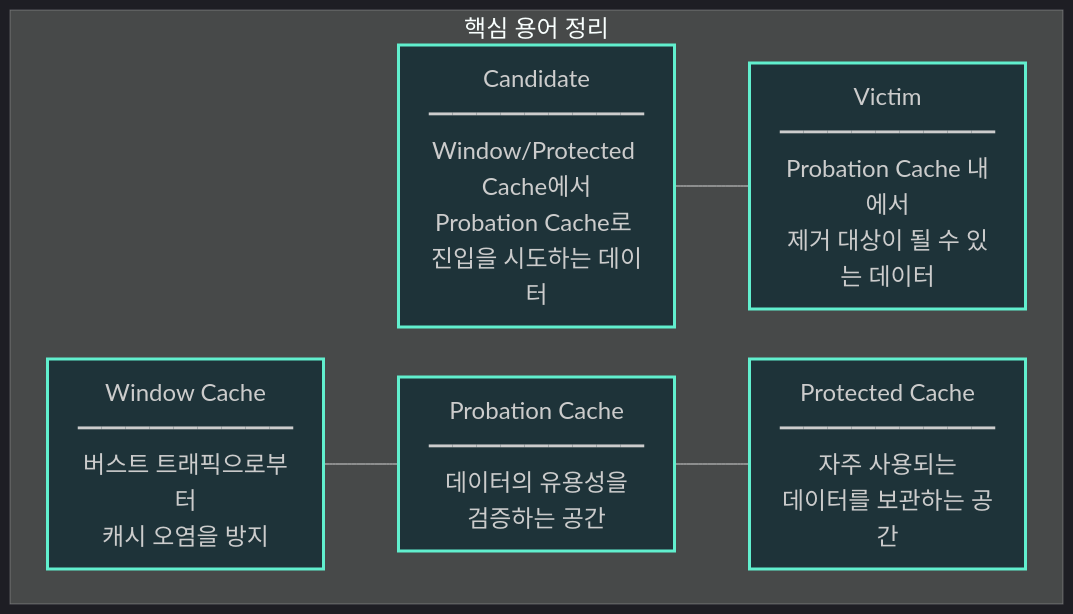
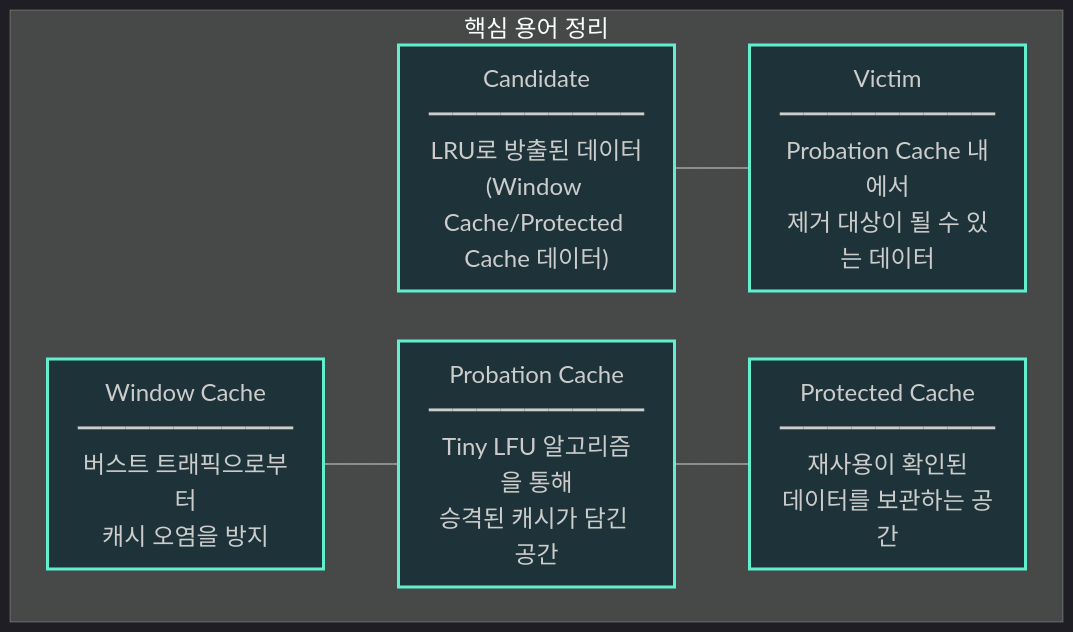
The third of 3 diagrams in _posts/2023-01-01-SUWIKI-4.md (K-Diger/K-Diger.github.io), drawn with Mermaid before and after one commit. The commit also changed other lines of this file, not shown here.

Commit message:
Caffeine Cache

````diff
--- a/_posts/2023-01-01-SUWIKI-4.md
+++ b/_posts/2023-01-01-SUWIKI-4.md
@@ -114,33 +123,32 @@
 ```mermaid
 %%{init: { 'theme':'dark', 'themeVariables': { 'fontSize': '24px', 'fontFamily': 'Arial' } }}%%
 graph TB
     subgraph Terminology["핵심 용어 정리"]
         A["`Candidate
         ━━━━━━━━━
-        Window/Protected Cache에서
-        Probation Cache로 진입을 시도하는 데이터`"]
+        LRU로 방출된 데이터
+        (Window Cache/Protected Cache 데이터)`"]
         B["`Victim
         ━━━━━━━━━
         Probation Cache 내에서
         제거 대상이 될 수 있는 데이터`"]
         C["`Window Cache
         ━━━━━━━━━
         버스트 트래픽으로부터
         캐시 오염을 방지`"]
         D["`Probation Cache
         ━━━━━━━━━
-        데이터의 유용성을
-        검증하는 공간`"]
+        Tiny LFU 알고리즘을 통해
+        승격된 캐시가 담긴 공간`"]
         E["`Protected Cache
         ━━━━━━━━━
-        자주 사용되는
+        재사용이 확인된
         데이터를 보관하는 공간`"]
 
         A --- B
-
         C --- D --- E
     end
 
     classDef termBox fill:#1e3339,stroke:#61efce,stroke-width:3px,font-size:24px,text-align:center
     class A,B,C,D,E termBox
 ```
````
